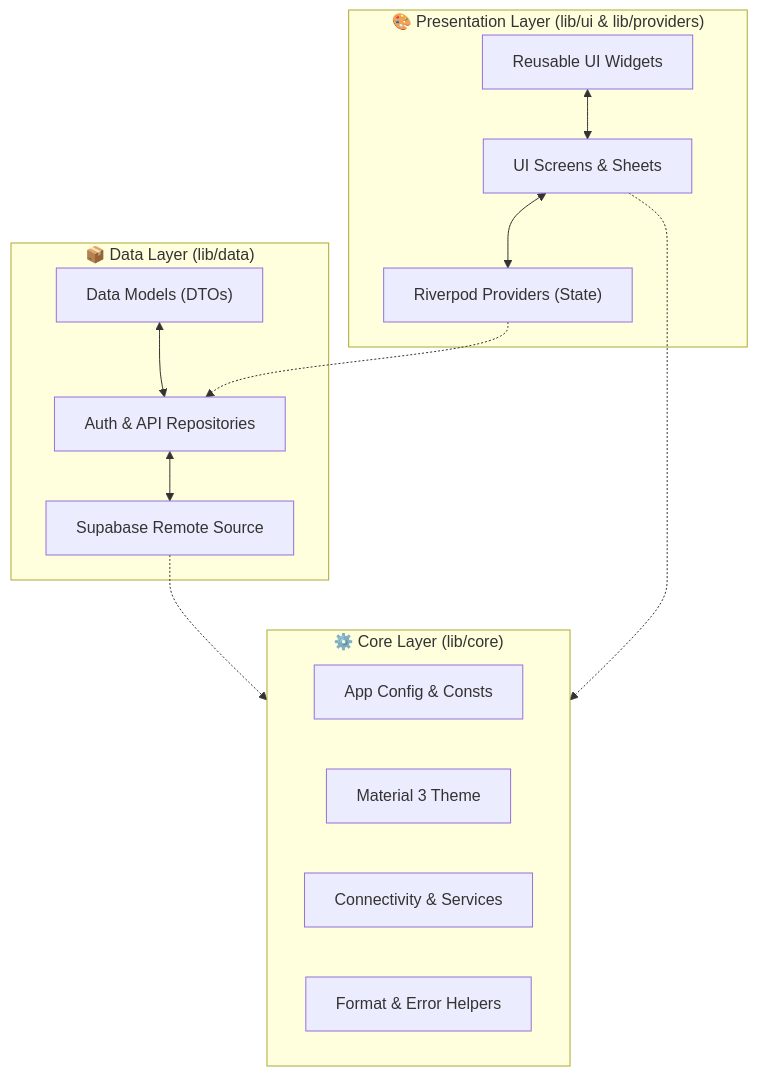
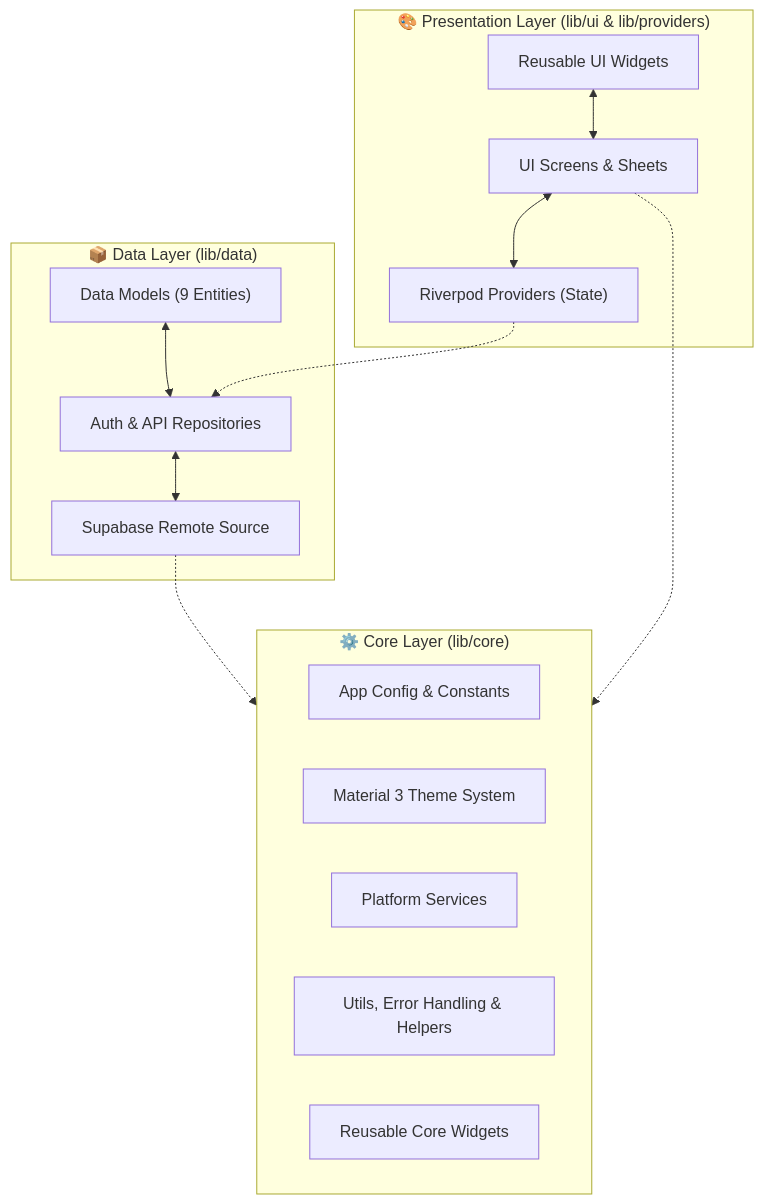
The diagram in README.md (rohmansyah23/Shress), drawn with Mermaid before and after one commit. The commit also changed other lines of this file and 1 other file, not shown here.

````diff
--- a/README.md
+++ b/README.md
@@ -186,29 +201,30 @@
 ```mermaid
 graph TD
     subgraph Presentation ["🎨 Presentation Layer (lib/ui & lib/providers)"]
         UI["UI Screens & Sheets"]
         Providers["Riverpod Providers (State)"]
         Widgets["Reusable UI Widgets"]
         UI <--> Providers
         Widgets <--> UI
     end
 
     subgraph Data ["📦 Data Layer (lib/data)"]
-        Models["Data Models (DTOs)"]
+        Models["Data Models (9 Entities)"]
         Repos["Auth & API Repositories"]
         Remote["Supabase Remote Source"]
         Models <--> Repos
         Repos <--> Remote
     end
 
     subgraph Core ["⚙️ Core Layer (lib/core)"]
-        Config["App Config & Consts"]
-        Theme["Material 3 Theme"]
-        Network["Connectivity & Services"]
-        Utils["Format & Error Helpers"]
+        Config["App Config & Constants"]
+        Theme["Material 3 Theme System"]
+        Services["Platform Services"]
+        Utils["Utils, Error Handling & Helpers"]
+        CoreWidgets["Reusable Core Widgets"]
     end
 
     Providers -.-> Repos
     Remote -.-> Core
     UI -.-> Core
 ```
````
